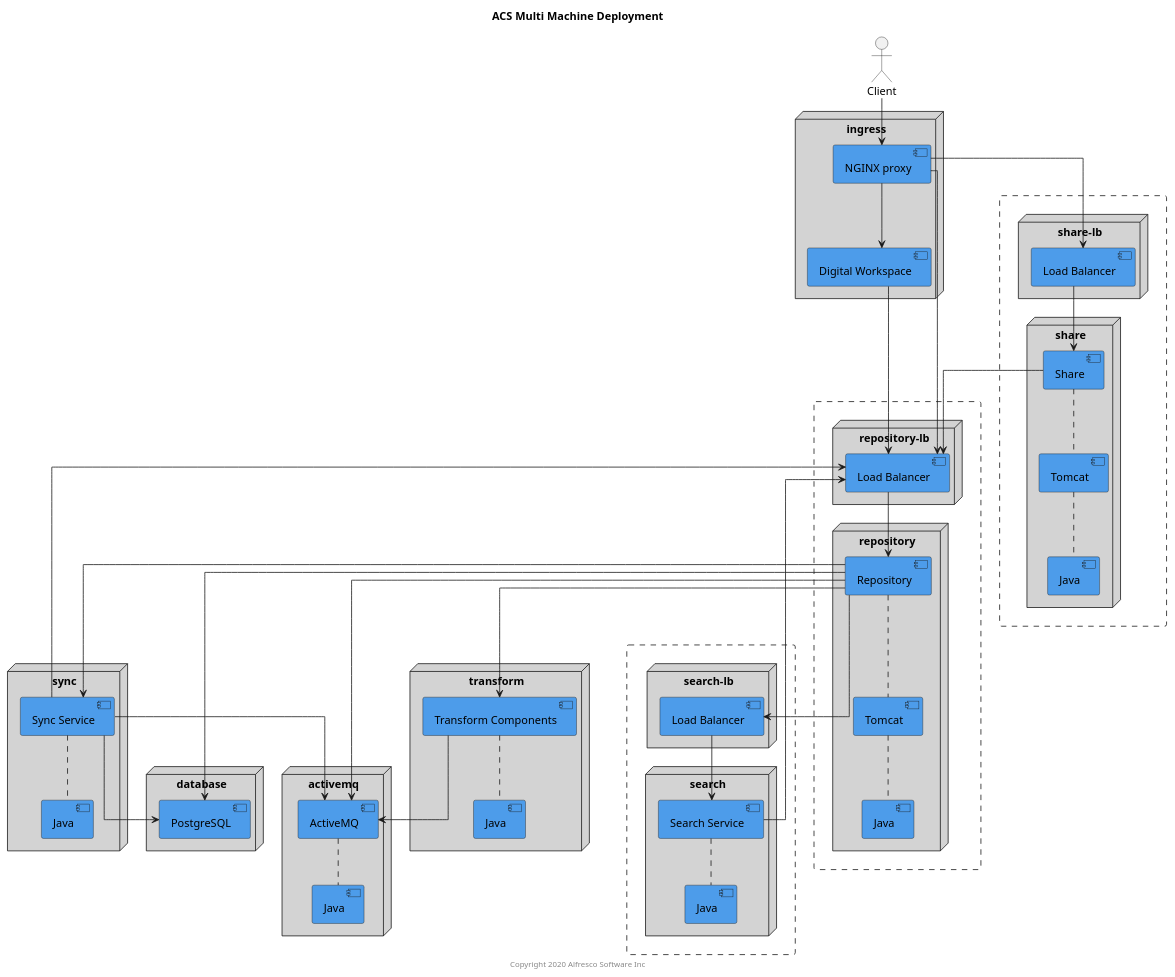
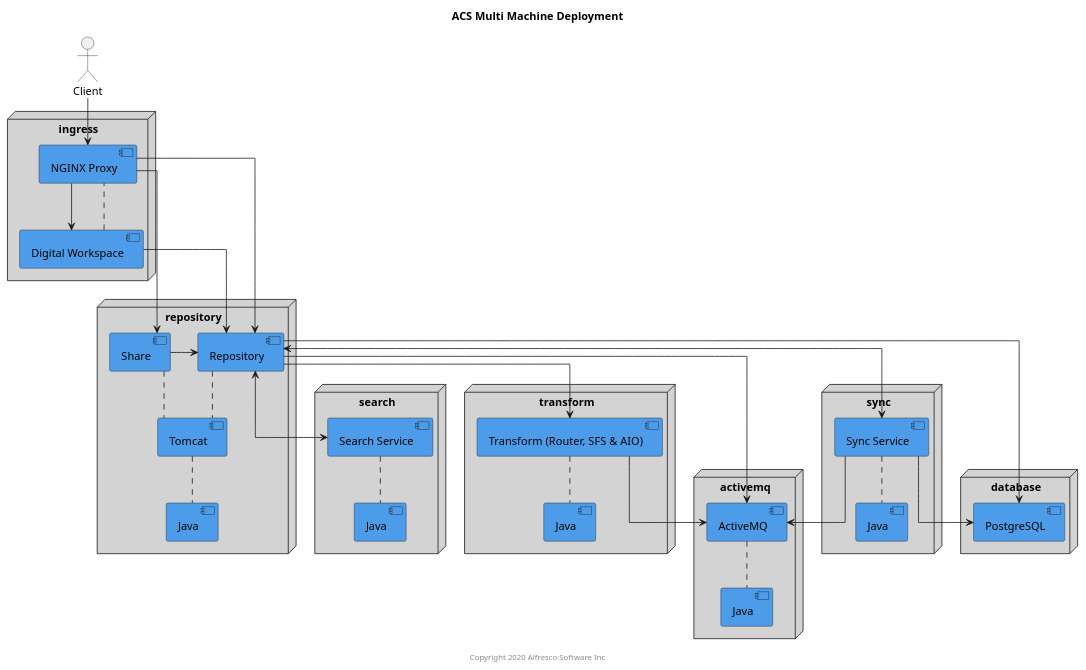
One commit to Alfresco/alfresco-ansible-deployment changed the diagram in docs/resources/acs-multi-machine.puml. Above: the diagram before and after it, drawn with PlantUML. The commit also changed 6 other files, not shown here.

Commit message:
Updated single/multi machine diagrams and added HA diagram.

```diff
--- a/docs/resources/acs-multi-machine.puml
+++ b/docs/resources/acs-multi-machine.puml
@@ -1,114 +1,80 @@
 @startuml
 
 Title: ACS Multi Machine Deployment
 
 skinparam componentStyle uml2
 skinparam linetype ortho
 skinparam rectangle {
     BorderStyle dashed
 }
 
 actor Client
 
 node "ingress" as ingressnode #lightgrey {
-    component "NGINX proxy" as proxy #4d9cea
+    component "NGINX Proxy" as proxy #4d9cea
     component "Digital Workspace" as adw #4d9cea
 }
 
-rectangle {
-    node "repository-lb" as repolbnode #lightgrey {
-        component "Load Balancer" as repolb #4d9cea
-    }
-
-    node "repository" as reponode #lightgrey {
-        component "Repository" as repo #4d9cea
-        component "Tomcat" as repotomcat  #4d9cea
-        component "Java" as repojava #4d9cea
-    }
+node "repository" as reponode #lightgrey {
+    component "Repository" as repo #4d9cea
+    component "Share" as share #4d9cea
+    component "Tomcat" as tomcat  #4d9cea
+    component "Java" as repojava #4d9cea
 }
 
-repo .. repotomcat
-repotomcat .. repojava
-
-rectangle {
-    node "share-lb" as sharelbnode #lightgrey {
-        component "Load Balancer" as sharelb #4d9cea
-    }
-
-    node "share" as sharenode #lightgrey {
-        component "Share" as share #4d9cea
-        component "Tomcat" as sharetomcat #4d9cea
-        component "Java" as sharejava #4d9cea
-    }
+node "search" as searchnode #lightgrey {
+    component "Search Service" as search #4d9cea
+    component "Java" as searchjava #4d9cea
 }
 
-share .. sharetomcat
-sharetomcat .. sharejava
-
-rectangle {
-    node "search-lb" as searchlbnode #lightgrey {
-        component "Load Balancer" as searchlb #4d9cea
-    }
-
-    node "search" as searchnode #lightgrey {
-        component "Search Service" as search #4d9cea
-        component "Java" as searchjava #4d9cea
-    }
-}
-
-search .. searchjava
-
 node "transform" as transformnode #lightgrey {
-    component "Transform Components" as transform #4d9cea
+    component "Transform (Router, SFS & AIO)" as transform #4d9cea
     component "Java" as transformjava #4d9cea
 }
-
-transform .. transformjava
 
 node "sync" as syncnode #lightgrey {
     component "Sync Service" as sync #4d9cea
     component "Java" as syncjava #4d9cea
 }
 
-sync .. syncjava
-
 node "activemq" as amqnode #lightgrey {
     component "ActiveMQ" as amq #4d9cea
     component "Java" as amqjava #4d9cea
 }
 
-amq .. amqjava
-
 node "database" as dbnode #lightgrey {
     component "PostgreSQL" as psql #4d9cea
 }
 
+adw .. proxy
+repo .. tomcat
+share .. tomcat
+tomcat .. repojava
+search .. searchjava
+transform .. transformjava
+sync .. syncjava
+amq .. amqjava
+
 Client --> proxy
 
-proxy --> repolb
-proxy --> sharelb
+proxy --> repo
+proxy --> share
 proxy --> adw
 
-sharelb -down-> share
-repolb -down-> repo
-searchlb -down-> search
+share -right-> repo
+adw --> repo
 
-share --> repolb
-adw --> repolb
-
-repo --> searchlb
 repo --> psql
 repo --> transform
-repo --> sync
 repo --> amq
+repo <--> search
+repo <--> sync
 
-search --> repolb
 transform --> amq
 
-sync --> repolb
 sync --> amq
 sync --> psql
 
 center footer Copyright 2020 Alfresco Software Inc
 
 @enduml
```
